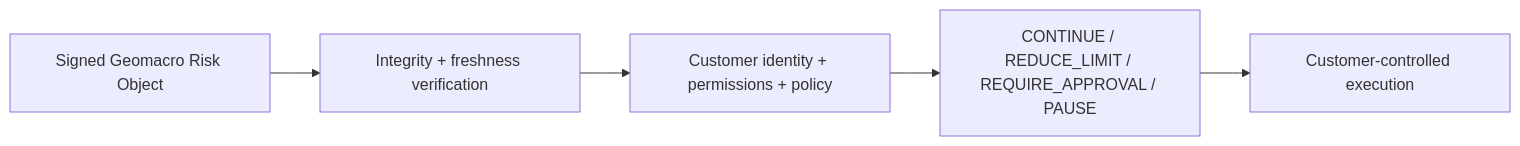
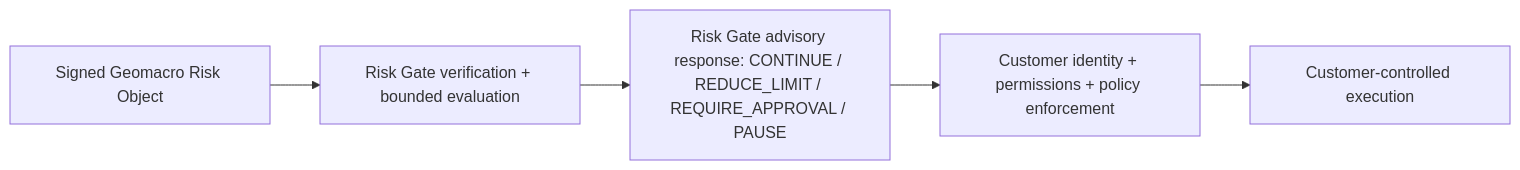
The second of 3 diagrams in README.md (blocknine0/geomacro), drawn with Mermaid before and after one commit. The commit also changed other lines of this file, not shown here.

Commit message:
docs: make Risk Gate advisory boundary explicit in README

````diff
--- a/README.md
+++ b/README.md
@@ -178,7 +178,7 @@
 ```mermaid
 graph LR;
-    GRO["Signed Geomacro Risk Object"] --> VERIFY["Integrity + freshness verification"];
-    VERIFY --> POLICY["Customer identity + permissions + policy"];
-    POLICY --> DECISION["CONTINUE / REDUCE_LIMIT / REQUIRE_APPROVAL / PAUSE"];
-    DECISION --> EXEC["Customer-controlled execution"];
+    GRO["Signed Geomacro Risk Object"] --> GATE["Risk Gate verification + bounded evaluation"];
+    GATE --> ADVISORY["Risk Gate advisory response: CONTINUE / REDUCE_LIMIT / REQUIRE_APPROVAL / PAUSE"];
+    ADVISORY --> POLICY["Customer identity + permissions + policy enforcement"];
+    POLICY --> EXEC["Customer-controlled execution"];
 ```
````
